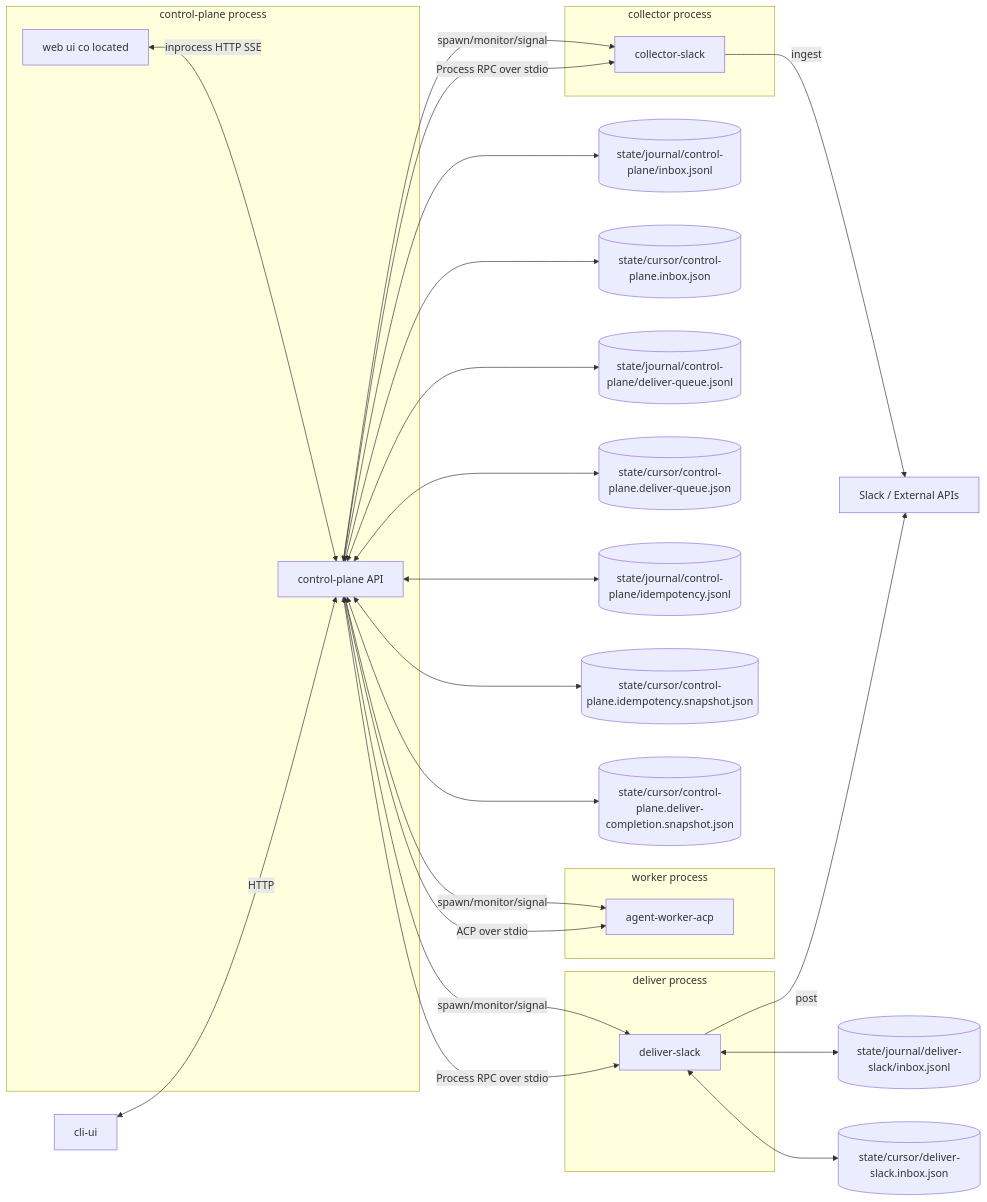
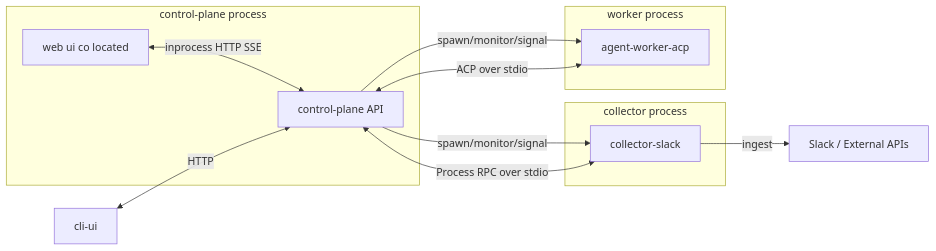
The second of 4 diagrams in doc/spec.md (masahide/adjutant), drawn with Mermaid before and after one commit. The commit also changed other lines of this file and 2 other files, not shown here.

````diff
--- a/doc/spec.md
+++ b/doc/spec.md
@@ -569,54 +559,28 @@
 ```mermaid
 flowchart LR
   subgraph CPG[control-plane process]
     CP[control-plane API]
     WEB[web ui co located]
   end
 
   subgraph COL[collector process]
     C[collector-slack]
   end
 
   subgraph WRK[worker process]
     AW[agent-worker-acp]
   end
 
-  subgraph DLV[deliver process]
-    D[deliver-slack]
-  end
-
   CLI[cli-ui]
-  CPJ[(state/journal/control-plane/inbox.jsonl)]
-  DJ[(state/journal/deliver-slack/inbox.jsonl)]
-  CPCUR[(state/cursor/control-plane.inbox.json)]
-  DCUR[(state/cursor/deliver-slack.inbox.json)]
-  CPDQ[(state/journal/control-plane/deliver-queue.jsonl)]
-  CPDQC[(state/cursor/control-plane.deliver-queue.json)]
-  CPIDC[(state/journal/control-plane/idempotency.jsonl)]
-  CPIDS[(state/cursor/control-plane.idempotency.snapshot.json)]
-  CPDCS[(state/cursor/control-plane.deliver-completion.snapshot.json)]
   SVC[Slack / External APIs]
 
   CP -->|spawn/monitor/signal| C
   CP -->|spawn/monitor/signal| AW
-  CP -->|spawn/monitor/signal| D
 
   CP <-- ACP over stdio --> AW
   C <-- Process RPC over stdio --> CP
-  D <-- Process RPC over stdio --> CP
   WEB <-- inprocess HTTP SSE --> CP
   CLI <-- HTTP --> CP
 
-  CP <--> CPJ
-  D <--> DJ
-  CP <--> CPCUR
-  D <--> DCUR
-  CP <--> CPDQ
-  CP <--> CPDQC
-  CP <--> CPIDC
-  CP <--> CPIDS
-  CP <--> CPDCS
-
   C -->|ingest| SVC
-  D -->|post| SVC
 ```
````
